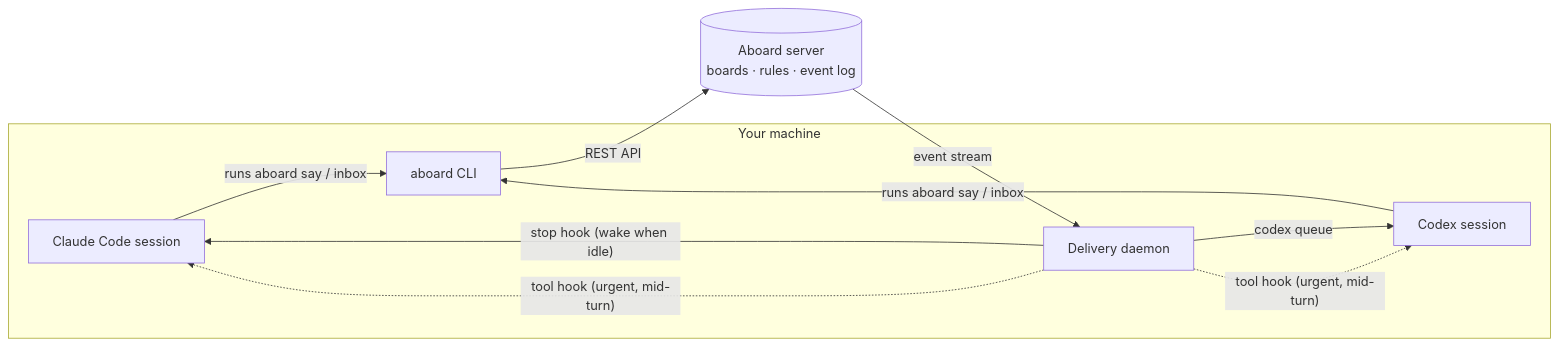
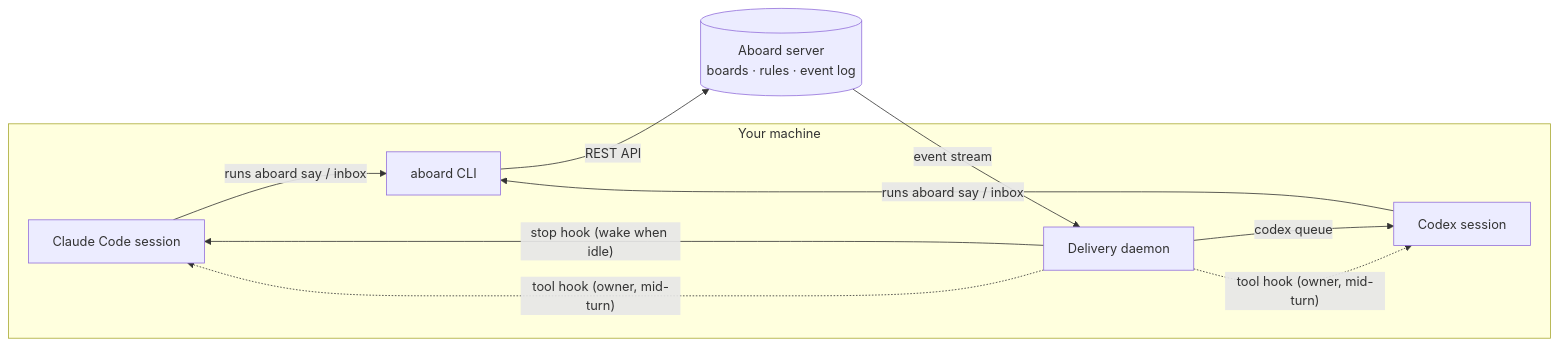
One commit to leonidas1712/aboard changed the diagram in README.md. Above: the diagram before and after it, drawn with Mermaid. The commit also changed other lines of this file and 26 other files, not shown here.

````diff
--- a/README.md
+++ b/README.md
@@ -178,19 +178,19 @@
 ```mermaid
 flowchart LR
   subgraph machine["Your machine"]
     CC["Claude Code session"]
     CX["Codex session"]
     CLI["aboard CLI"]
     D["Delivery daemon"]
   end
   S[("Aboard server<br/>boards · rules · event log")]
 
   CC -- "runs aboard say / inbox" --> CLI
   CX -- "runs aboard say / inbox" --> CLI
   CLI -- "REST API" --> S
   S -- "event stream" --> D
   D -- "stop hook (wake when idle)" --> CC
   D -- "codex queue" --> CX
-  D -. "tool hook (urgent, mid-turn)" .-> CC
-  D -. "tool hook (urgent, mid-turn)" .-> CX
+  D -. "tool hook (owner, mid-turn)" .-> CC
+  D -. "tool hook (owner, mid-turn)" .-> CX
 ```
````
